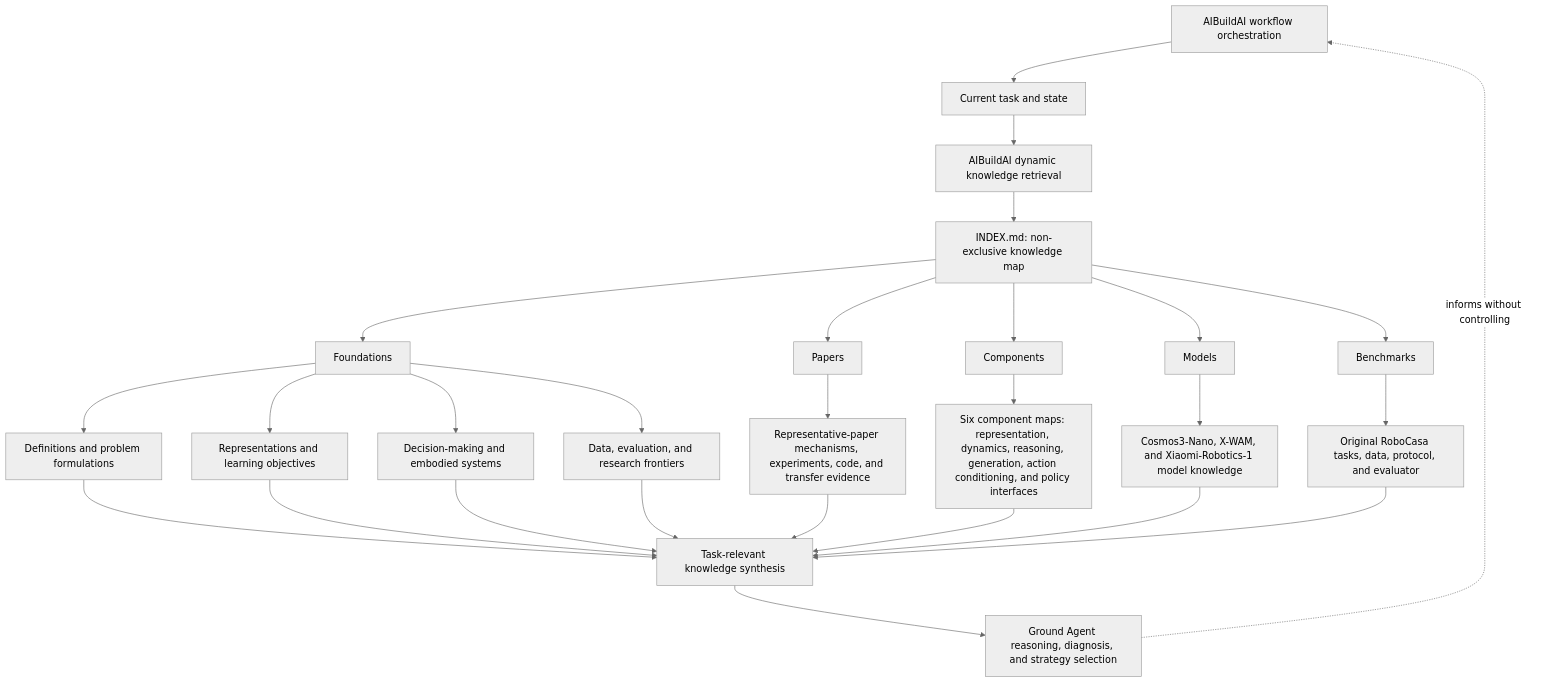
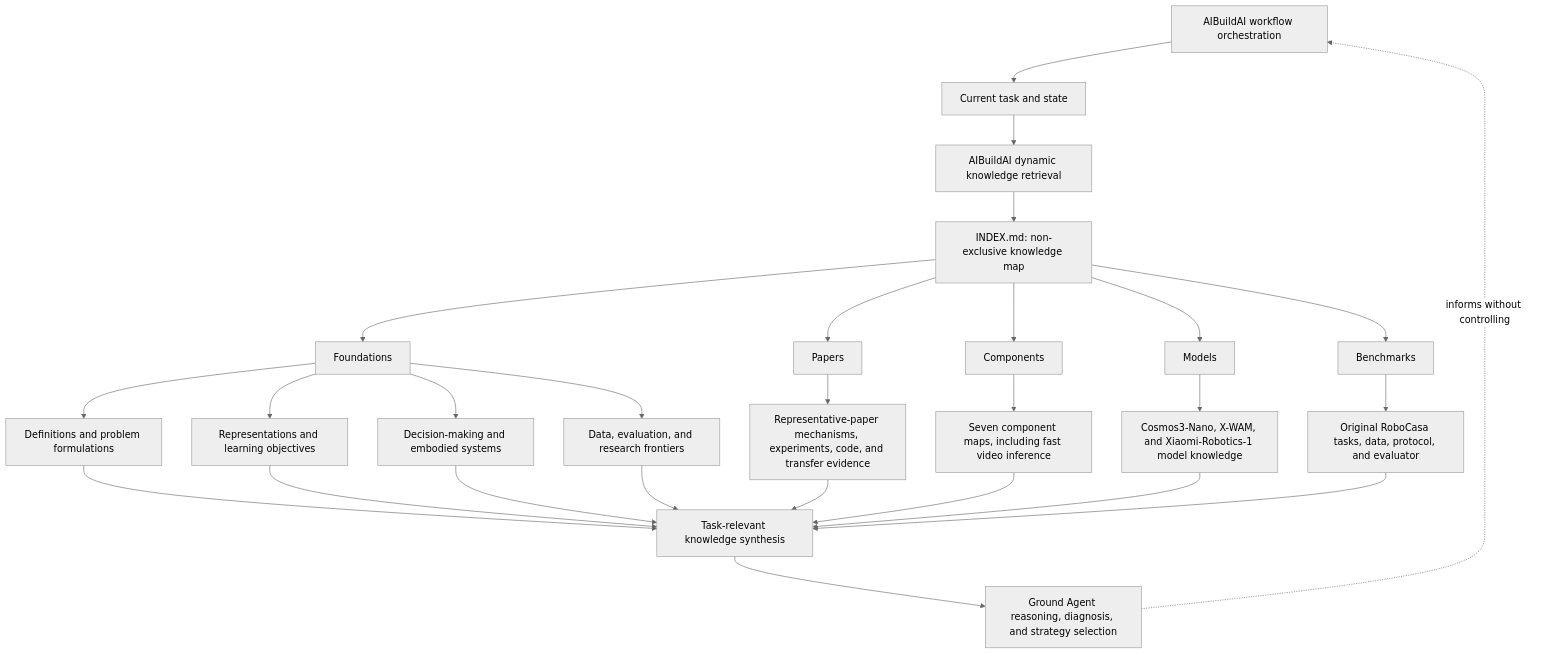
One commit to ABA-WM-Knowledge-Base/ABA-WM-Knowledge-Base changed the diagram in README.md. Above: the diagram before and after it, drawn with Mermaid (neutral theme). The commit also changed other lines of this file and 19 other files, not shown here.

Commit message:
Add fast video inference distillation knowledge

````diff
--- a/README.md
+++ b/README.md
@@ -28,34 +28,34 @@
 ```mermaid
 flowchart TD
     O["AIBuildAI workflow orchestration"] --> T["Current task and state"]
     T --> R["AIBuildAI dynamic knowledge retrieval"]
     R --> I["INDEX.md: non-exclusive knowledge map"]
 
     I --> F["Foundations"]
     I --> P["Papers"]
     I --> X["Components"]
     I --> M["Models"]
     I --> B["Benchmarks"]
 
     F --> F1["Definitions and problem formulations"]
     F --> F2["Representations and learning objectives"]
     F --> F3["Decision-making and embodied systems"]
     F --> F4["Data, evaluation, and research frontiers"]
 
     P --> PE["Representative-paper mechanisms, experiments, code, and transfer evidence"]
-    X --> XC["Six component maps: representation, dynamics, reasoning, generation, action conditioning, and policy interfaces"]
+    X --> XC["Seven component maps, including fast video inference"]
     M --> C["Cosmos3-Nano, X-WAM, and Xiaomi-Robotics-1 model knowledge"]
     B --> RB["Original RoboCasa tasks, data, protocol, and evaluator"]
 
     F1 --> S["Task-relevant knowledge synthesis"]
     F2 --> S
     F3 --> S
     F4 --> S
     PE --> S
     XC --> S
     C --> S
     RB --> S
 
     S --> D["Ground Agent reasoning, diagnosis, and strategy selection"]
     D -.->|informs without controlling| O
 ```
````
